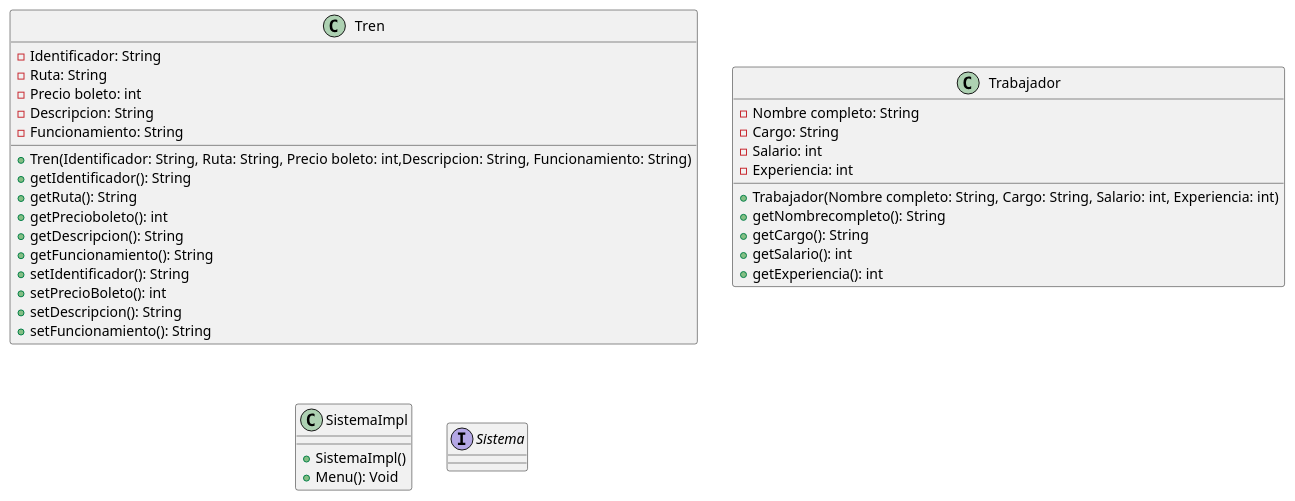
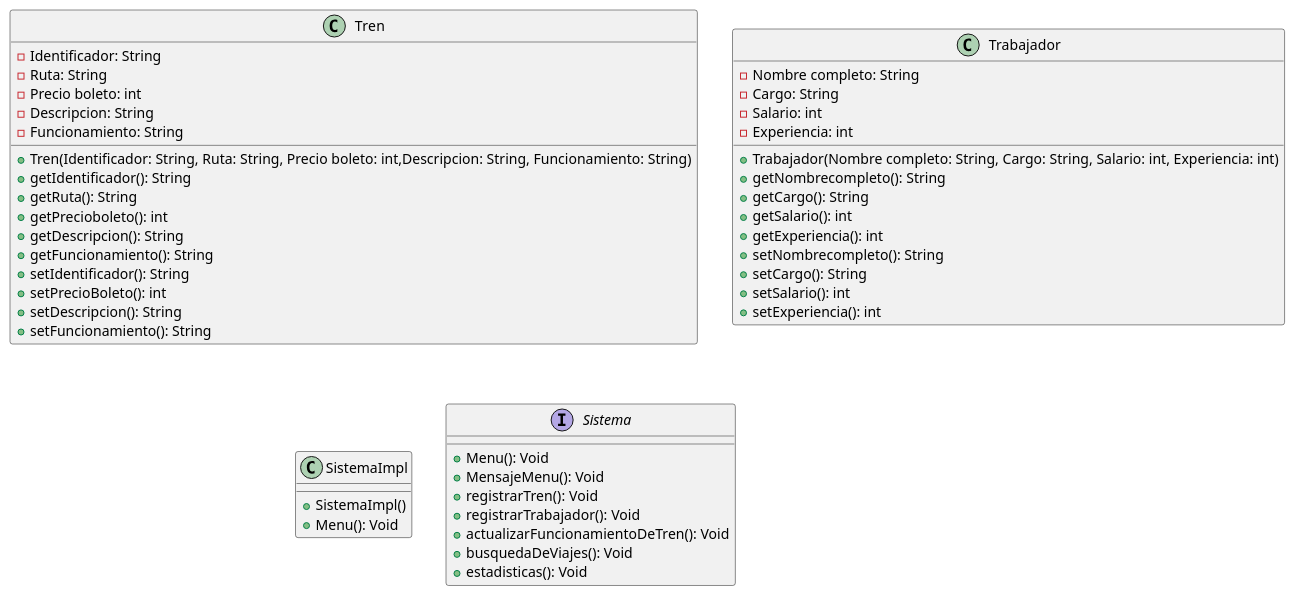
Before and after one commit to vidente130/Taller-N-2: the diagram in src/Taller N2.puml, drawn with PlantUML. The commit also changed 3 other files, not shown here.

```diff
--- a/src/Taller N2.puml
+++ b/src/Taller N2.puml
@@ -1,44 +1,55 @@
 @startuml
 class Tren{
 
 - Identificador: String
 - Ruta: String
 - Precio boleto: int
 - Descripcion: String
 - Funcionamiento: String
 + Tren(Identificador: String, Ruta: String, Precio boleto: int,Descripcion: String, Funcionamiento: String)
 + getIdentificador(): String
 + getRuta(): String
 + getPrecioboleto(): int
 + getDescripcion(): String
 + getFuncionamiento(): String
 + setIdentificador(): String
 + setPrecioBoleto(): int
 + setDescripcion(): String
 + setFuncionamiento(): String
 }
 
 class Trabajador{
 
 - Nombre completo: String
 - Cargo: String
 - Salario: int
 - Experiencia: int
 + Trabajador(Nombre completo: String, Cargo: String, Salario: int, Experiencia: int)
 + getNombrecompleto(): String
 + getCargo(): String
 + getSalario(): int
 + getExperiencia(): int
++ setNombrecompleto(): String
++ setCargo(): String
++ setSalario(): int
++ setExperiencia(): int
 
 }
 class SistemaImpl{
 
-+SistemaImpl()
++ SistemaImpl()
 + Menu(): Void
 }
 
 interface Sistema{
-
++ Menu(): Void
++ MensajeMenu(): Void
++ registrarTren(): Void
++ registrarTrabajador(): Void
++ actualizarFuncionamientoDeTren(): Void
++ busquedaDeViajes(): Void
++ estadisticas(): Void
 }
 
+
 @enduml
```
